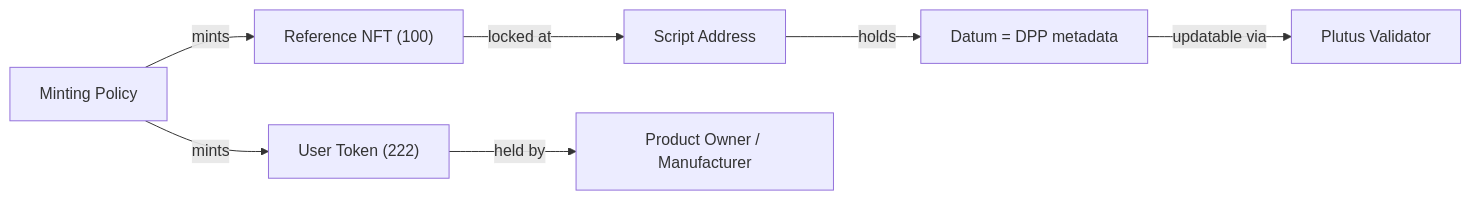
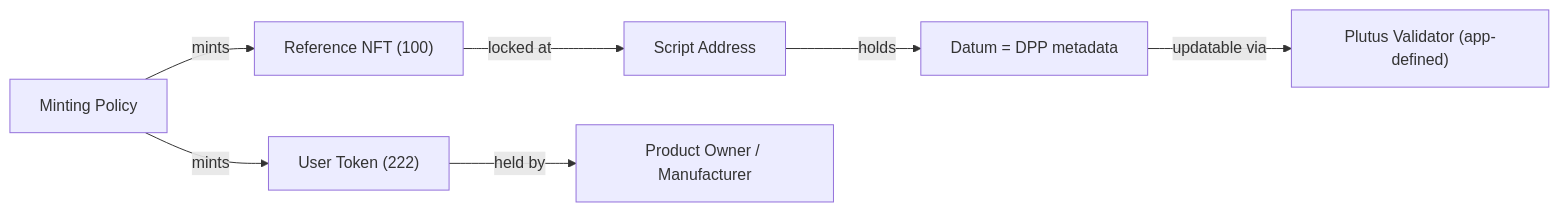
One commit to lambdasistemi/eu-digital-product-passport changed the diagram in docs/cardano/storage.md. Above: the diagram before and after it, drawn with Mermaid. The commit also changed other lines of this file and 7 other files, not shown here.

````diff
--- a/docs/cardano/storage.md
+++ b/docs/cardano/storage.md
@@ -43,9 +49,9 @@
 ```mermaid
 graph LR
     A[Minting Policy] -->|mints| B["Reference NFT (100)"]
     A -->|mints| C["User Token (222)"]
     B -->|locked at| D[Script Address]
     D -->|holds| E[Datum = DPP metadata]
     C -->|held by| F[Product Owner / Manufacturer]
-    E -->|updatable via| G[Plutus Validator]
+    E -->|updatable via| G["Plutus Validator (app-defined)"]
 ```
````
